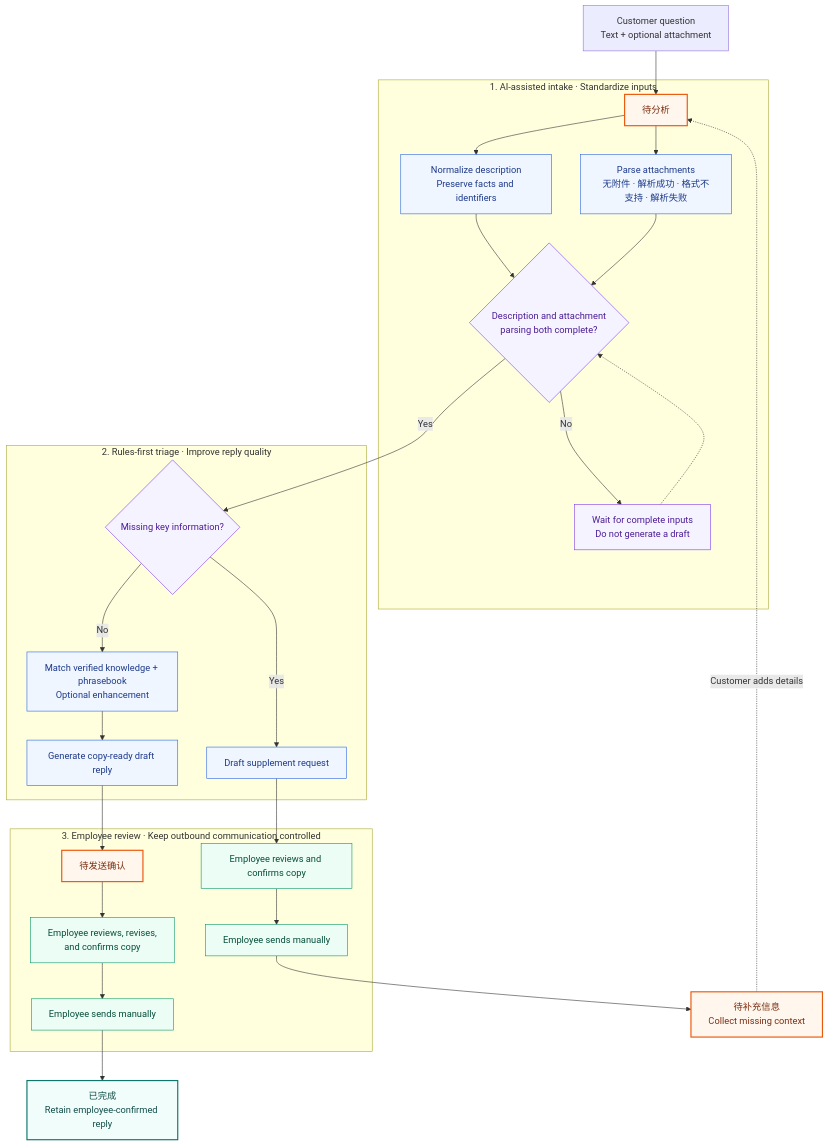
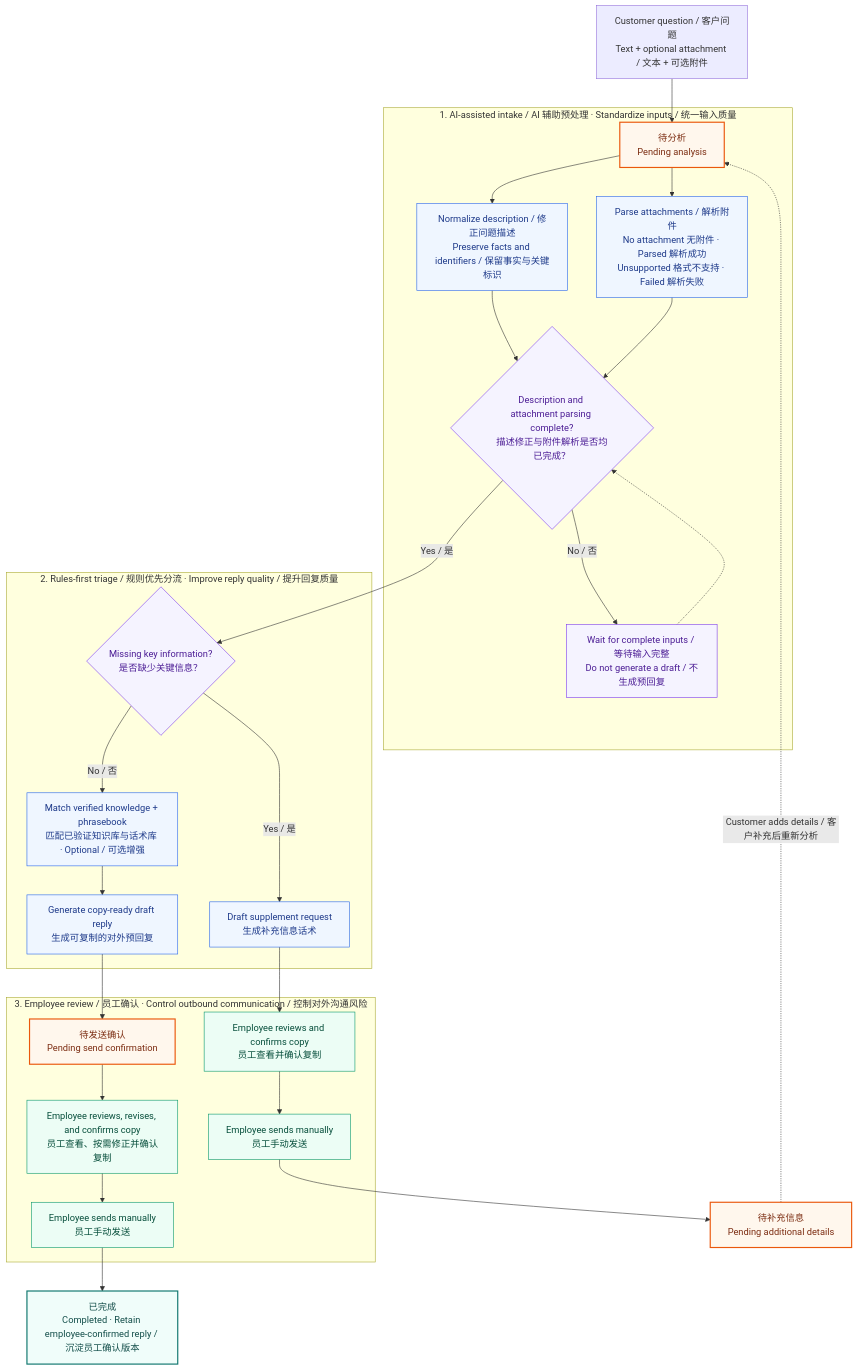
One commit to mumu-workflow/ticket-copilot changed the diagram in README.md. Above: the diagram before and after it, drawn with Mermaid.

Commit message:
docs: make workflow diagram bilingual

````diff
--- a/README.md
+++ b/README.md
@@ -45,44 +45,44 @@
 ```mermaid
 flowchart TB
-    A["Customer question<br/>Text + optional attachment"] --> S0["待分析"]
+    A["Customer question / 客户问题<br/>Text + optional attachment / 文本 + 可选附件"] --> S0["待分析<br/>Pending analysis"]
 
-    subgraph P1["1. AI-assisted intake · Standardize inputs"]
-        S0 --> B["Normalize description<br/>Preserve facts and identifiers"]
-        S0 --> C["Parse attachments<br/>无附件 · 解析成功 · 格式不支持 · 解析失败"]
-        B --> D{"Description and attachment<br/>parsing both complete?"}
+    subgraph P1["1. AI-assisted intake / AI 辅助预处理 · Standardize inputs / 统一输入质量"]
+        S0 --> B["Normalize description / 修正问题描述<br/>Preserve facts and identifiers / 保留事实与关键标识"]
+        S0 --> C["Parse attachments / 解析附件<br/>No attachment 无附件 · Parsed 解析成功<br/>Unsupported 格式不支持 · Failed 解析失败"]
+        B --> D{"Description and attachment parsing complete?<br/>描述修正与附件解析是否均已完成？"}
         C --> D
-        D -->|No| W0["Wait for complete inputs<br/>Do not generate a draft"]
+        D -->|No / 否| W0["Wait for complete inputs / 等待输入完整<br/>Do not generate a draft / 不生成预回复"]
         W0 -.-> D
     end
 
-    subgraph P2["2. Rules-first triage · Improve reply quality"]
-        D -->|Yes| E{"Missing key information?"}
-        E -->|Yes| F["Draft supplement request"]
-        E -->|No| J["Match verified knowledge + phrasebook<br/>Optional enhancement"]
-        J --> K["Generate copy-ready draft reply"]
+    subgraph P2["2. Rules-first triage / 规则优先分流 · Improve reply quality / 提升回复质量"]
+        D -->|Yes / 是| E{"Missing key information?<br/>是否缺少关键信息？"}
+        E -->|Yes / 是| F["Draft supplement request<br/>生成补充信息话术"]
+        E -->|No / 否| J["Match verified knowledge + phrasebook<br/>匹配已验证知识库与话术库 · Optional / 可选增强"]
+        J --> K["Generate copy-ready draft reply<br/>生成可复制的对外预回复"]
     end
 
-    subgraph P3["3. Employee review · Keep outbound communication controlled"]
-        F --> R1["Employee reviews and confirms copy"]
-        K --> S1["待发送确认"]
-        S1 --> R2["Employee reviews, revises,<br/>and confirms copy"]
-        R1 --> M1["Employee sends manually"]
-        R2 --> M2["Employee sends manually"]
+    subgraph P3["3. Employee review / 员工确认 · Control outbound communication / 控制对外沟通风险"]
+        F --> R1["Employee reviews and confirms copy<br/>员工查看并确认复制"]
+        K --> S1["待发送确认<br/>Pending send confirmation"]
+        S1 --> R2["Employee reviews, revises, and confirms copy<br/>员工查看、按需修正并确认复制"]
+        R1 --> M1["Employee sends manually<br/>员工手动发送"]
+        R2 --> M2["Employee sends manually<br/>员工手动发送"]
     end
 
-    M1 --> S2["待补充信息<br/>Collect missing context"]
-    S2 -. "Customer adds details" .-> S0
-    M2 --> S3["已完成<br/>Retain employee-confirmed reply"]
+    M1 --> S2["待补充信息<br/>Pending additional details"]
+    S2 -. "Customer adds details / 客户补充后重新分析" .-> S0
+    M2 --> S3["已完成<br/>Completed · Retain employee-confirmed reply / 沉淀员工确认版本"]
 
     classDef state fill:#FFF7ED,stroke:#EA580C,color:#7C2D12,stroke-width:2px
     classDef ai fill:#EFF6FF,stroke:#2563EB,color:#1E3A8A
     classDef guard fill:#F5F3FF,stroke:#7C3AED,color:#4C1D95
     classDef human fill:#ECFDF5,stroke:#059669,color:#064E3B
     classDef outcome fill:#F0FDFA,stroke:#0F766E,color:#134E4A,stroke-width:2px
 
     class S0,S1,S2 state
     class B,C,F,J,K ai
     class D,E,W0 guard
     class R1,R2,M1,M2 human
     class S3 outcome
 ```
````
